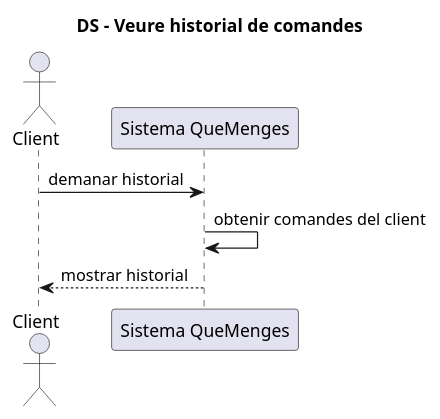
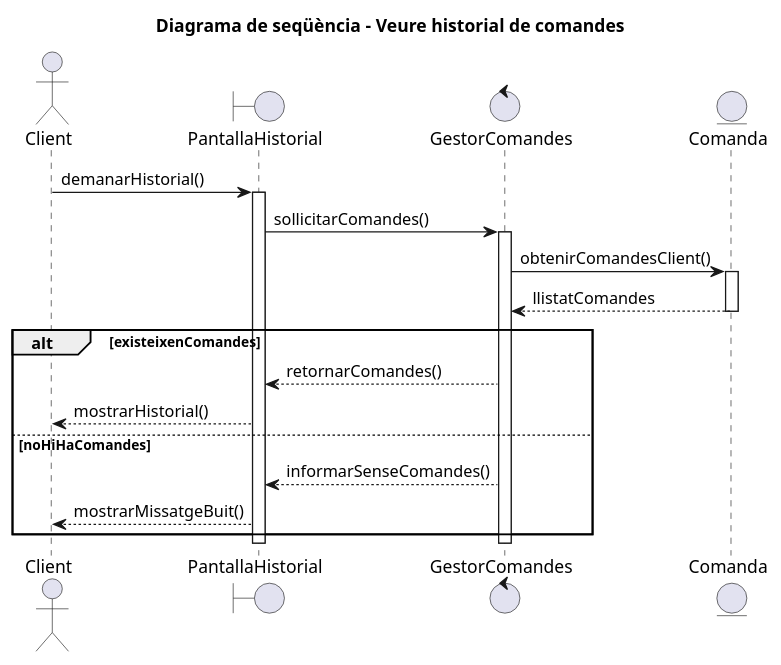
One commit to enricalv03/ES23UAB-411-08 changed the diagram in diagrames/sequencia/casos/client/veure-historial.puml. Above: the diagram before and after it, drawn with PlantUML.

Commit message:
Refactor sequence diagram for viewing order history

```diff
--- a/diagrames/sequencia/casos/client/veure-historial.puml
+++ b/diagrames/sequencia/casos/client/veure-historial.puml
@@ -1,11 +1,31 @@
-@startuml DiagramUnamed-veure-historial
-title DS - Veure historial de comandes
+@startuml
+title Diagrama de seqüència - Veure historial de comandes
 
-actor Client as Cl
-participant "Sistema QueMenges" as S
+actor Client
 
-Cl -> S: demanar historial
-S -> S: obtenir comandes del client
-S --> Cl: mostrar historial
+boundary "PantallaHistorial" as Pantalla
+control "GestorComandes" as Gestor
+entity "Comanda" as ComandaDB
 
+Client -> Pantalla: demanarHistorial()
+activate Pantalla
+
+Pantalla -> Gestor: sollicitarComandes()
+activate Gestor
+
+Gestor -> ComandaDB: obtenirComandesClient()
+activate ComandaDB
+ComandaDB --> Gestor: llistatComandes
+deactivate ComandaDB
+
+alt existeixenComandes
+    Gestor --> Pantalla: retornarComandes()
+    Pantalla --> Client: mostrarHistorial()
+else noHiHaComandes
+    Gestor --> Pantalla: informarSenseComandes()
+    Pantalla --> Client: mostrarMissatgeBuit()
+end
+
+deactivate Gestor
+deactivate Pantalla
 @enduml
```
